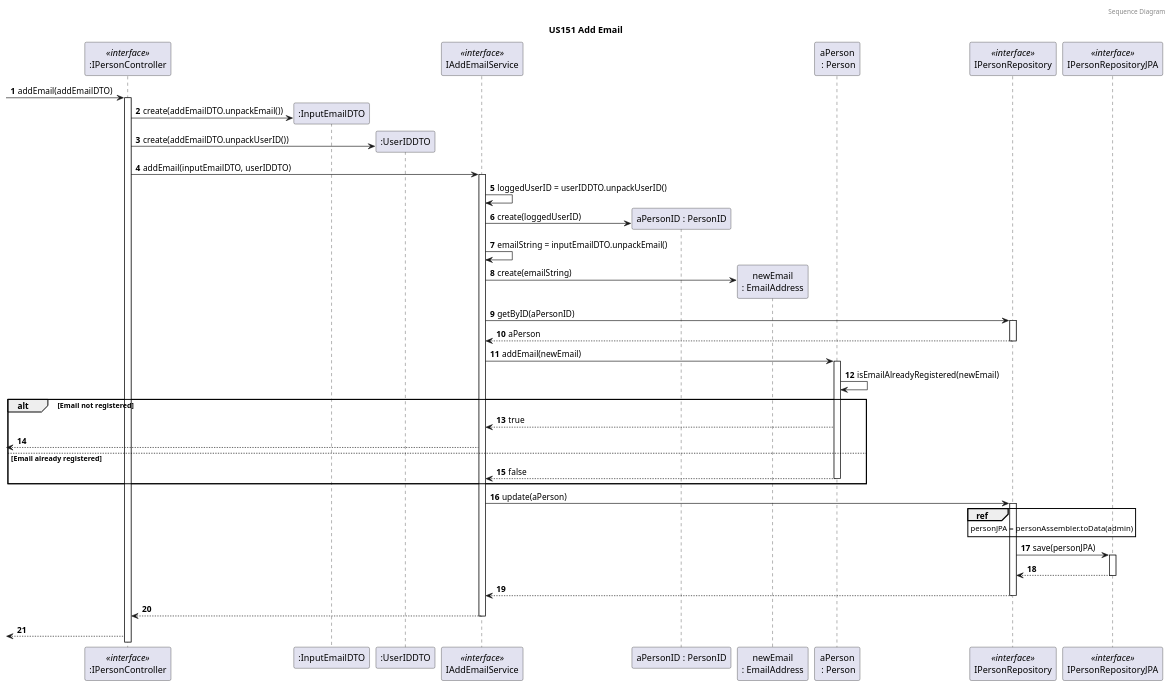
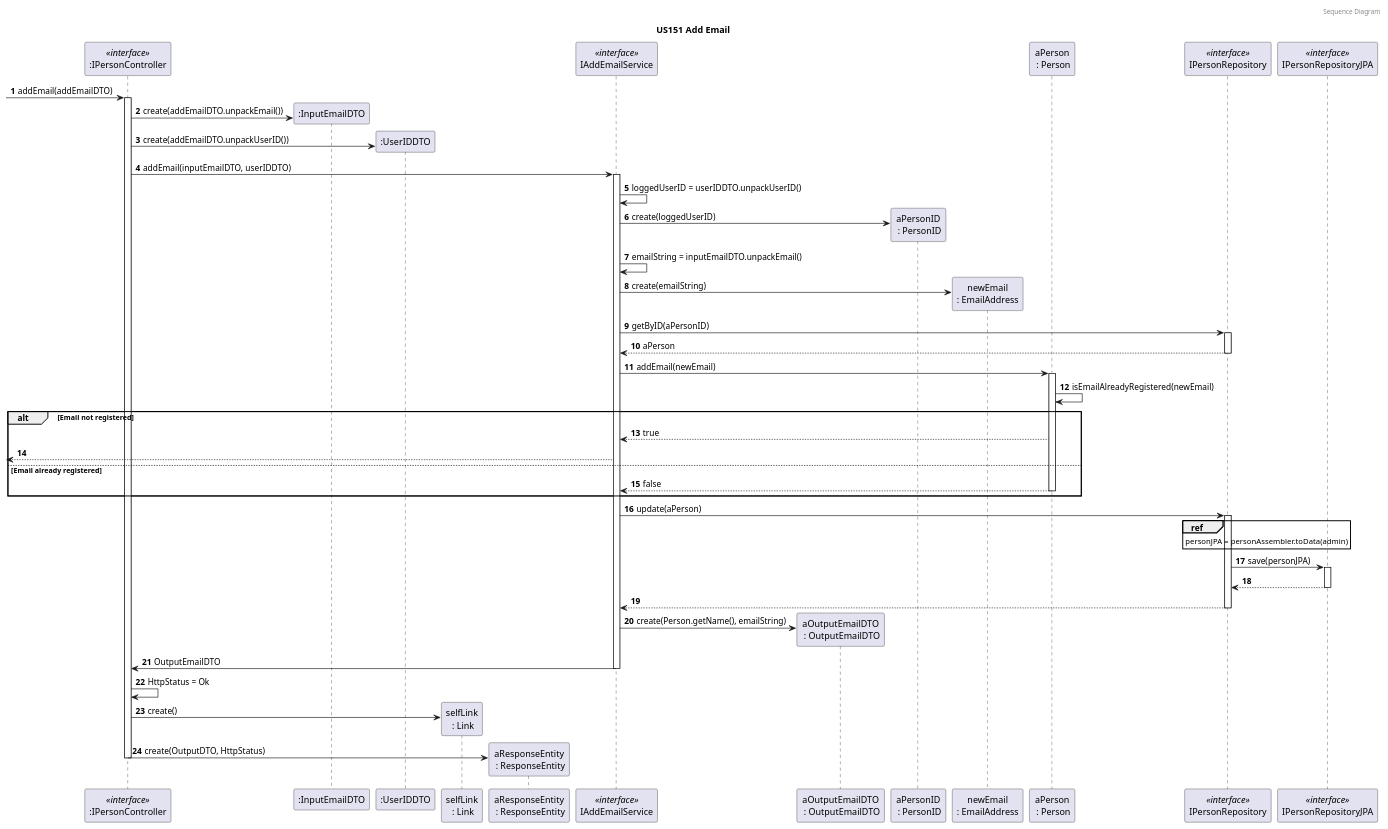
The fourth of 4 diagrams in docs/sprint5/user_stories/US151_AddEmail.md (tomas-osswald/switch_2020_g3), drawn with PlantUML before and after one commit.

Commit message:
fix branch problem - updated SD

`````diff
--- a/docs/sprint5/user_stories/US151_AddEmail.md
+++ b/docs/sprint5/user_stories/US151_AddEmail.md
@@ -207,69 +207,81 @@
 ````puml
 @startuml
 
 autonumber
 header Sequence Diagram
 title US151 Add Email
 
 participant ":IPersonController" as controller <<interface>>
 participant ":InputEmailDTO" as inputemail
 participant ":UserIDDTO" as userdto
+participant "selfLink\n : Link" as link
+participant "aResponseEntity\n : ResponseEntity" as respEntity
+
 participant "IAddEmailService" as service <<interface>>
-participant "aPersonID : PersonID" as personid
+
+participant "aOutputEmailDTO\n : OutputEmailDTO" as output
+
+participant "aPersonID\n : PersonID" as personid
 participant "newEmail\n: EmailAddress" as email
 participant "aPerson\n : Person" as person
 participant "IPersonRepository" as personRepository <<interface>>
 participant "IPersonRepositoryJPA" as repoJPA <<interface>>
 
 -> controller : addEmail(addEmailDTO)
 activate controller
 controller -> inputemail** : create(addEmailDTO.unpackEmail())
 controller -> userdto** : create(addEmailDTO.unpackUserID())
 controller -> service : addEmail(inputEmailDTO, userIDDTO)
 activate service
 
 service -> service : loggedUserID = userIDDTO.unpackUserID()
 service -> personid** : create(loggedUserID)
 
 service -> service : emailString = inputEmailDTO.unpackEmail()
 service -> email** : create(emailString)
 
 
 service -> personRepository : getByID(aPersonID)
 deactivate email
 activate personRepository
 return aPerson
 
 service -> person: addEmail(newEmail)
 activate person
 person -> person: isEmailAlreadyRegistered(newEmail)
 
 alt Email not registered
 
 person --> service: true
 <-- service:
 
 else Email already registered
 
 person --> service: false
 deactivate person
 
 end
 
 service -> personRepository : update(aPerson)
 activate personRepository
 
 ref over personRepository
 personJPA = personAssembler.toData(admin)
 end ref
 personRepository -> repoJPA : save(personJPA)
 activate repoJPA
 return
 return
-controller <-- service :  
+
+service -> output** : create(Person.getName(), emailString)
+service -> controller : OutputEmailDTO
 deactivate service
-<-- controller : 
 
-'ADICIONAR HTTP.STATUS E MENSAGEM PARA USER (Adicionado email X ao user Y)
+controller -> controller : HttpStatus = Ok
+controller -> link** : create()
+controller -> respEntity** : create(OutputDTO, HttpStatus)
+
+deactivate controller
+
 @enduml
 ````
`````
